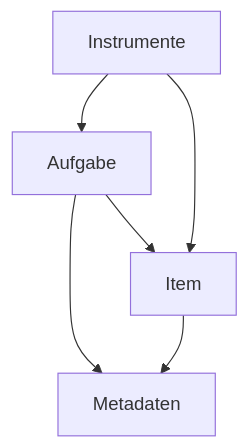
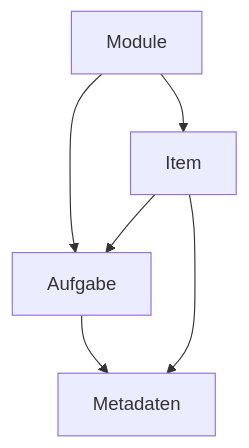
Before and after one commit to iqb-berlin/item-table: the diagram in intro/index.qmd, drawn with Mermaid. The commit also changed other lines of this file and 10 other files, not shown here.

````diff
--- a/intro/index.qmd
+++ b/intro/index.qmd
@@ -6,8 +8,8 @@
 ```{mermaid}
 flowchart TD
-    A[Aufgabe] --> I[Item]
+    I[Item] --> A[Aufgabe]
     A --> M[Metadaten]
     I --> M
-    D[Instrumente] --> A
-    D[Instrumente] --> I
+    D[Module] --> A
+    D --> I
 ```
````
